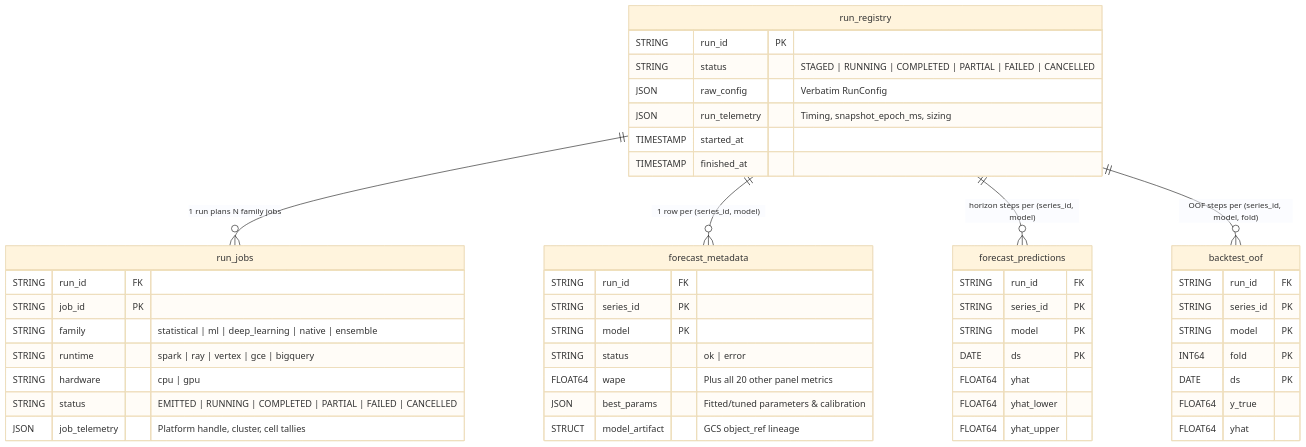
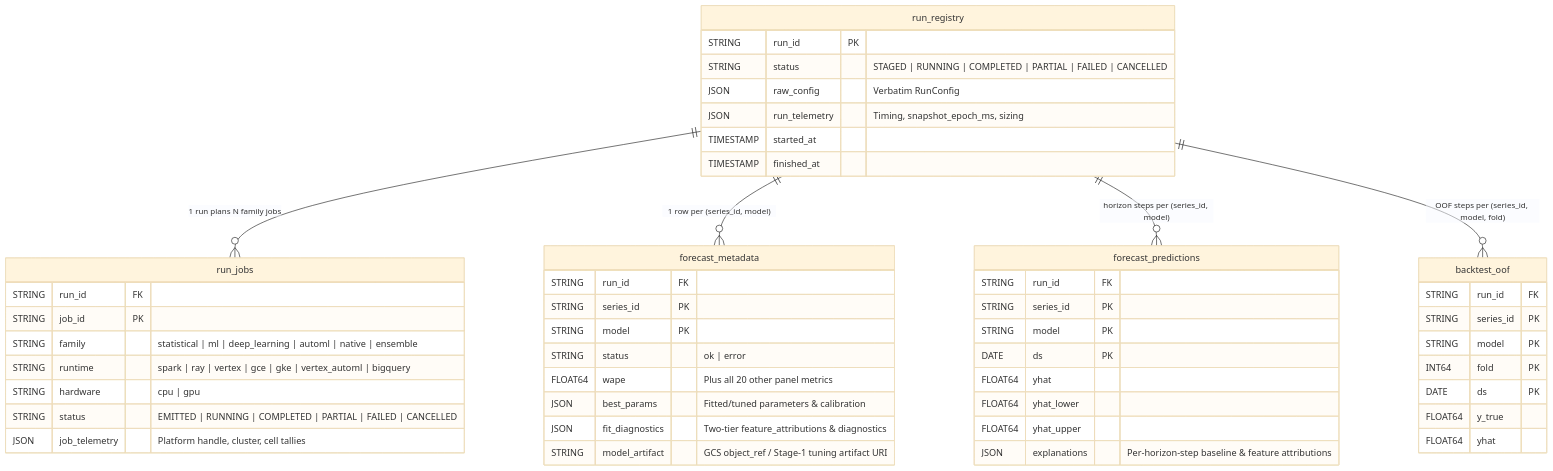
The diagram in src/scale_forecasting/registry/README.md (statmike/scale-forecasting), drawn with Mermaid (base theme) before and after one commit. The commit also changed other lines of this file and 102 other files, not shown here.

Commit message:
feat(automl,explainability): add Vertex AI AutoML & Tabular Workflows (vertex_l2l, vertex_tide, vertex_tft, vertex_seq2seq), Two-Tier Feature Attributions, and repo-wide docs

````diff
--- a/src/scale_forecasting/registry/README.md
+++ b/src/scale_forecasting/registry/README.md
@@ -5,52 +5,54 @@
 ```mermaid
 erDiagram
     run_registry ||--o{ run_jobs : "1 run plans N family jobs"
     run_registry ||--o{ forecast_metadata : "1 row per (series_id, model)"
     run_registry ||--o{ forecast_predictions : "horizon steps per (series_id, model)"
     run_registry ||--o{ backtest_oof : "OOF steps per (series_id, model, fold)"
 
     run_registry {
         STRING run_id PK
         STRING status "STAGED | RUNNING | COMPLETED | PARTIAL | FAILED | CANCELLED"
         JSON raw_config "Verbatim RunConfig"
         JSON run_telemetry "Timing, snapshot_epoch_ms, sizing"
         TIMESTAMP started_at
         TIMESTAMP finished_at
     }
     run_jobs {
         STRING run_id FK
         STRING job_id PK
-        STRING family "statistical | ml | deep_learning | native | ensemble"
-        STRING runtime "spark | ray | vertex | gce | bigquery"
+        STRING family "statistical | ml | deep_learning | automl | native | ensemble"
+        STRING runtime "spark | ray | vertex | gce | gke | vertex_automl | bigquery"
         STRING hardware "cpu | gpu"
         STRING status "EMITTED | RUNNING | COMPLETED | PARTIAL | FAILED | CANCELLED"
         JSON job_telemetry "Platform handle, cluster, cell tallies"
     }
     forecast_metadata {
         STRING run_id FK
         STRING series_id PK
         STRING model PK
         STRING status "ok | error"
         FLOAT64 wape "Plus all 20 other panel metrics"
         JSON best_params "Fitted/tuned parameters & calibration"
-        STRUCT model_artifact "GCS object_ref lineage"
+        JSON fit_diagnostics "Two-tier feature_attributions & diagnostics"
+        STRING model_artifact "GCS object_ref / Stage-1 tuning artifact URI"
     }
     forecast_predictions {
         STRING run_id FK
         STRING series_id PK
         STRING model PK
         DATE ds PK
         FLOAT64 yhat
         FLOAT64 yhat_lower
         FLOAT64 yhat_upper
+        JSON explanations "Per-horizon-step baseline & feature attributions"
     }
     backtest_oof {
         STRING run_id FK
         STRING series_id PK
         STRING model PK
         INT64 fold PK
         DATE ds PK
         FLOAT64 y_true
         FLOAT64 yhat
     }
 ```
````
